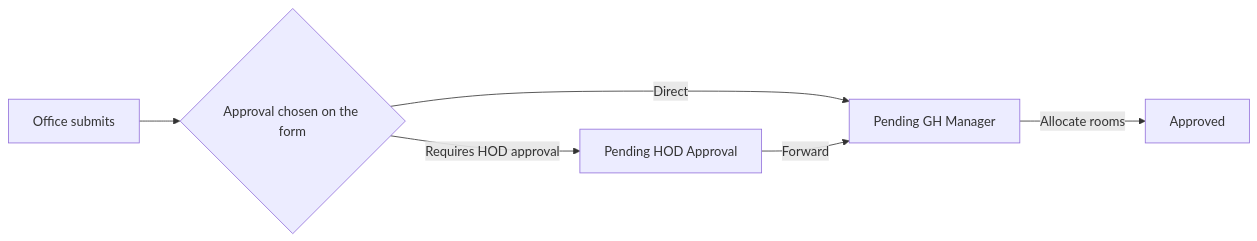
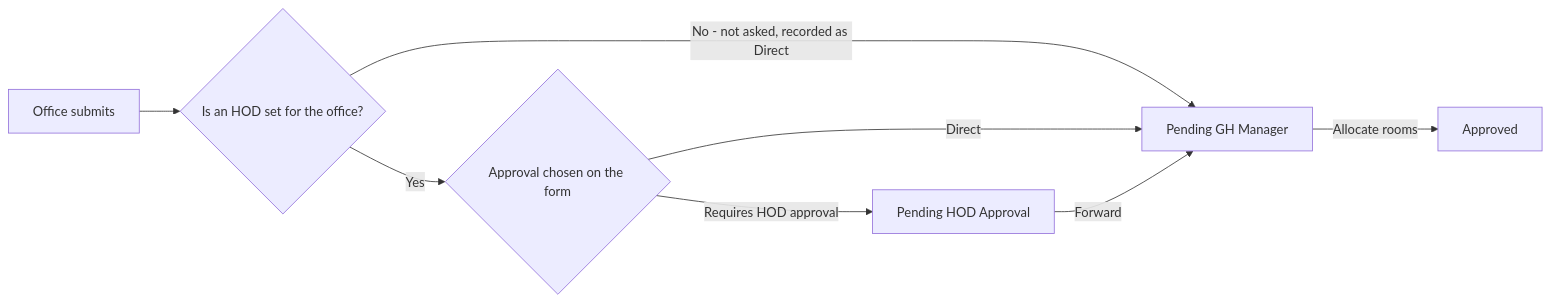
One commit to DevMittal09/GuestHouseIIT changed the third of 8 diagrams in .memories/10-roles-and-workflows.md. Above: the diagram before and after it, drawn with Mermaid. The commit also changed other lines of this file and 23 other files, not shown here.

````diff
--- a/.memories/10-roles-and-workflows.md
+++ b/.memories/10-roles-and-workflows.md
@@ -486,8 +493,10 @@
 ```mermaid
 flowchart LR
-  O[Office submits] --> C{Approval chosen on the form}
-  C -->|Direct| M[Pending GH Manager]
+  O[Office submits] --> A{Is an HOD set for the office?}
+  A -->|No - not asked, recorded as Direct| M[Pending GH Manager]
+  A -->|Yes| C{Approval chosen on the form}
+  C -->|Direct| M
   C -->|Requires HOD approval| HOD[Pending HOD Approval]
   HOD -->|Forward| M
   M -->|Allocate rooms| AP[Approved]
 ```
````
